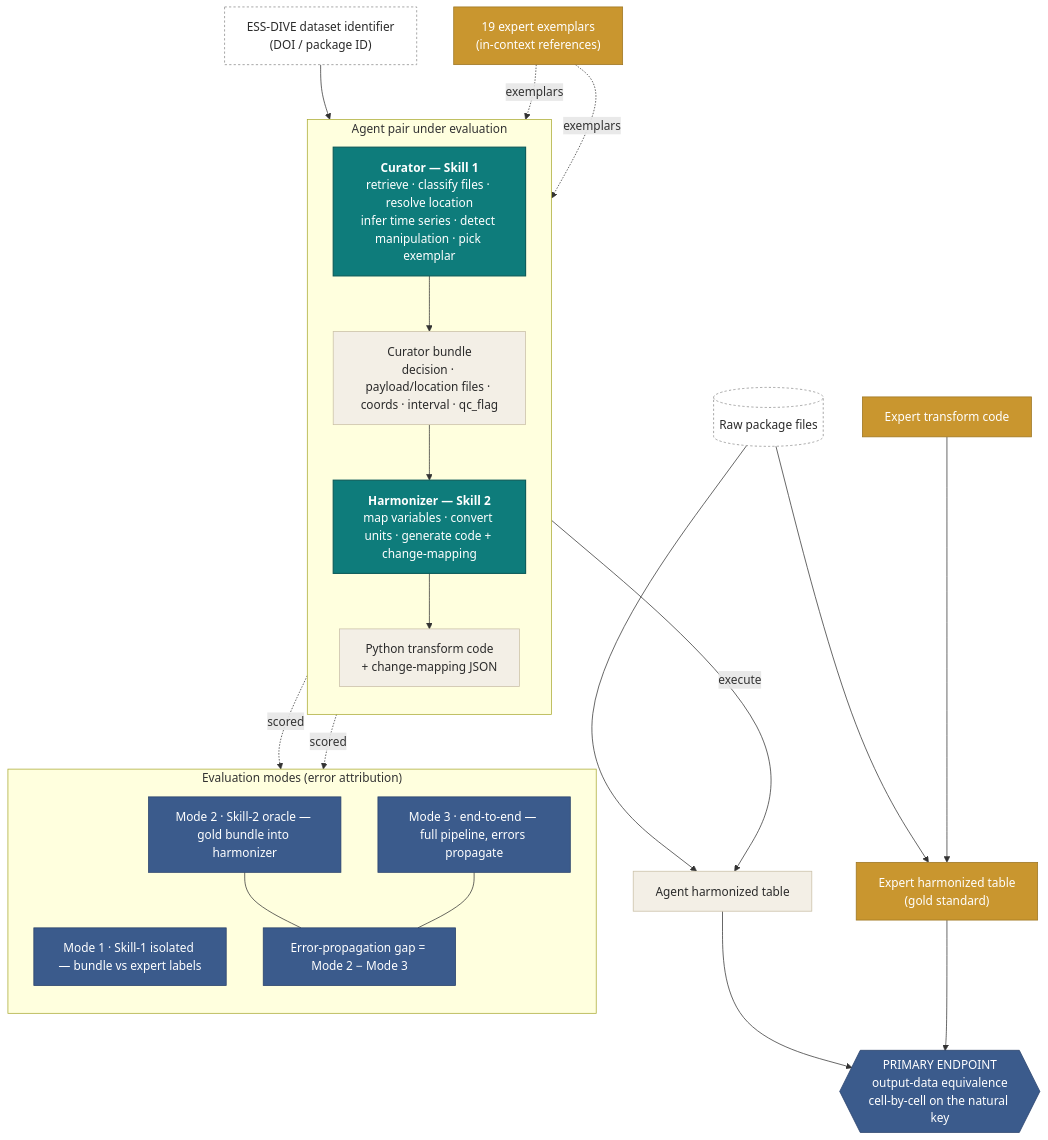
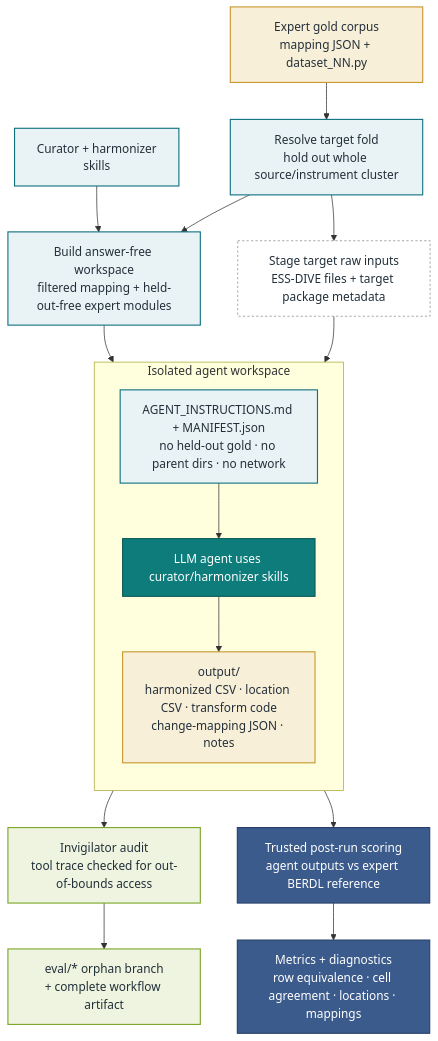
One commit to bioepic-data/data-harmonization-eval changed the diagram in docs/manuscript/figures/figure1_workflow.mmd. Above: the diagram before and after it, drawn with Mermaid. The commit also changed 5 other files, not shown here.

```diff
--- a/docs/manuscript/figures/figure1_workflow.mmd
+++ b/docs/manuscript/figures/figure1_workflow.mmd
@@ -1,49 +1,35 @@
-%% Figure 1. Agent-pair workflow and evaluation design.
+%% Figure 1. Current leave-one-cluster-out evaluation workflow.
 %% Render in browser via figure1_workflow.html, or paste into https://mermaid.live
 flowchart TB
+    classDef prep fill:#e9f3f5,stroke:#0e7180,color:#23303a,stroke-width:1.5px;
+    classDef gold fill:#f8efd9,stroke:#c9962f,color:#23303a,stroke-width:1.5px;
     classDef agent fill:#0e7c7b,stroke:#0a5a59,color:#ffffff,stroke-width:1.5px;
-    classDef artifact fill:#f3efe6,stroke:#c9bfa6,color:#2b2b2b;
-    classDef gold fill:#c9962f,stroke:#9c7421,color:#ffffff;
-    classDef score fill:#3b5b8c,stroke:#28406a,color:#ffffff;
-    classDef io fill:#ffffff,stroke:#8a8a8a,color:#2b2b2b,stroke-dasharray:3 3;
+    classDef audit fill:#eef4df,stroke:#7ba527,color:#23303a,stroke-width:1.5px;
+    classDef score fill:#3b5b8c,stroke:#28406a,color:#ffffff,stroke-width:1.5px;
+    classDef io fill:#ffffff,stroke:#8a8a8a,color:#23303a,stroke-dasharray:3 3;
 
-    ID["ESS-DIVE dataset identifier<br/>(DOI / package ID)"]:::io
-    EX["19 expert exemplars<br/>(in-context references)"]:::gold
+    GOLD["Expert gold corpus<br/>mapping JSON + dataset_NN.py"]:::gold
+    SKILLS["Curator + harmonizer<br/>skills"]:::prep
+    FOLD["Resolve target fold<br/>hold out whole source/instrument cluster"]:::prep
+    BUILD["Build answer-free workspace<br/>filtered mapping + held-out-free expert modules"]:::prep
+    RAW["Stage target raw inputs<br/>ESS-DIVE files + target package metadata"]:::io
 
-    subgraph PIPE["Agent pair under evaluation"]
+    GOLD --> FOLD
+    SKILLS --> BUILD
+    FOLD --> BUILD
+    FOLD --> RAW
+    BUILD --> RUN
+    RAW --> RUN
+
+    subgraph ISO["Isolated agent workspace"]
         direction TB
-        C["<b>Curator — Skill 1</b><br/>retrieve · classify files · resolve location<br/>infer time series · detect manipulation · pick exemplar"]:::agent
-        B["Curator bundle<br/>decision · payload/location files · coords · interval · qc_flag"]:::artifact
-        H["<b>Harmonizer — Skill 2</b><br/>map variables · convert units · generate code + change-mapping"]:::agent
-        OUT["Python transform code<br/>+ change-mapping JSON"]:::artifact
-        C --> B --> H --> OUT
+        RUN["AGENT_INSTRUCTIONS.md + MANIFEST.json<br/>no held-out gold · no parent dirs · no network"]:::prep
+        AGENT["LLM agent uses curator/harmonizer skills"]:::agent
+        OUT["output/<br/>harmonized CSV · location CSV · transform code<br/>change-mapping JSON · notes"]:::gold
+        RUN --> AGENT --> OUT
     end
 
-    RAW[("Raw package files")]:::io
-    GC["Expert transform code"]:::gold
-    AGT["Agent harmonized table"]:::artifact
-    GLD["Expert harmonized table<br/>(gold standard)"]:::gold
-    CMP{{"PRIMARY ENDPOINT<br/>output-data equivalence<br/>cell-by-cell on the natural key"}}:::score
-
-    ID --> C
-    EX -. exemplars .-> C
-    EX -. exemplars .-> H
-    OUT -- execute --> AGT
-    RAW --> AGT
-    RAW --> GLD
-    GC --> GLD
-    AGT --> CMP
-    GLD --> CMP
-
-    subgraph MODES["Evaluation modes (error attribution)"]
-        direction TB
-        M1["Mode 1 · Skill-1 isolated — bundle vs expert labels"]:::score
-        M2["Mode 2 · Skill-2 oracle — gold bundle into harmonizer"]:::score
-        M3["Mode 3 · end-to-end — full pipeline, errors propagate"]:::score
-        GAP["Error-propagation gap = Mode 2 − Mode 3"]:::score
-        M2 --- GAP
-        M3 --- GAP
-    end
-
-    B -. scored .-> M1
-    OUT -. scored .-> M3
+    OUT --> AUDIT["Invigilator audit<br/>tool trace checked for out-of-bounds access"]:::audit
+    AUDIT --> ARCHIVE["eval/* orphan branch<br/>+ complete workflow artifact"]:::audit
+    OUT --> SCORE["Trusted post-run scoring<br/>agent outputs vs expert BERDL reference"]:::score
+    SCORE --> DIAG["Metrics + diagnostics<br/>row equivalence · cell agreement · locations · mappings"]:::score
```
